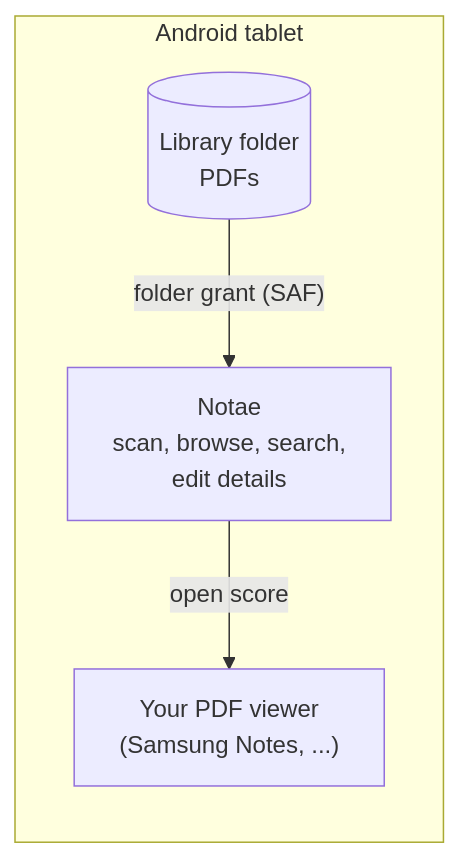
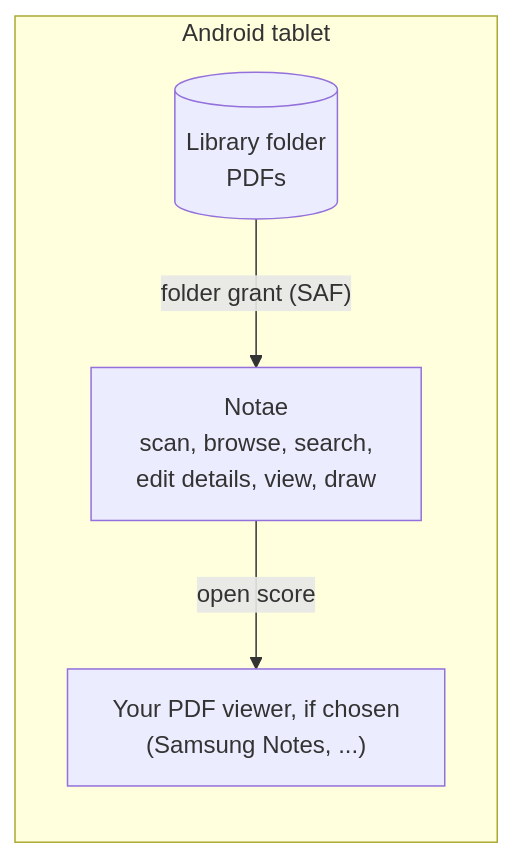
The diagram in README.md (eRgo35/notae), drawn with Mermaid before and after one commit. The commit also changed other lines of this file and 23 other files, not shown here.

````diff
--- a/README.md
+++ b/README.md
@@ -108,10 +116,10 @@
 ```mermaid
 flowchart LR
     subgraph tablet["Android tablet"]
         files[("Library folder<br/>PDFs")]
-        app["Notae<br/>scan, browse, search,<br/>edit details"]
-        viewer["Your PDF viewer<br/>(Samsung Notes, ...)"]
+        app["Notae<br/>scan, browse, search,<br/>edit details, view, draw"]
+        viewer["Your PDF viewer, if chosen<br/>(Samsung Notes, ...)"]
         files -->|"folder grant (SAF)"| app
         app -->|"open score"| viewer
     end
 ```
````
